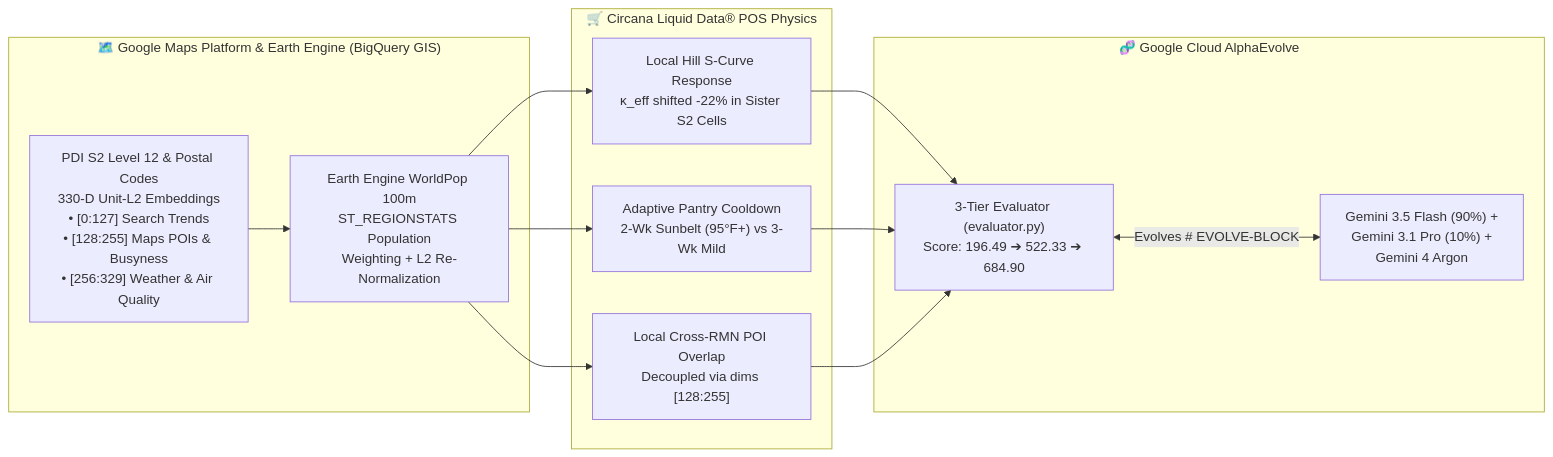
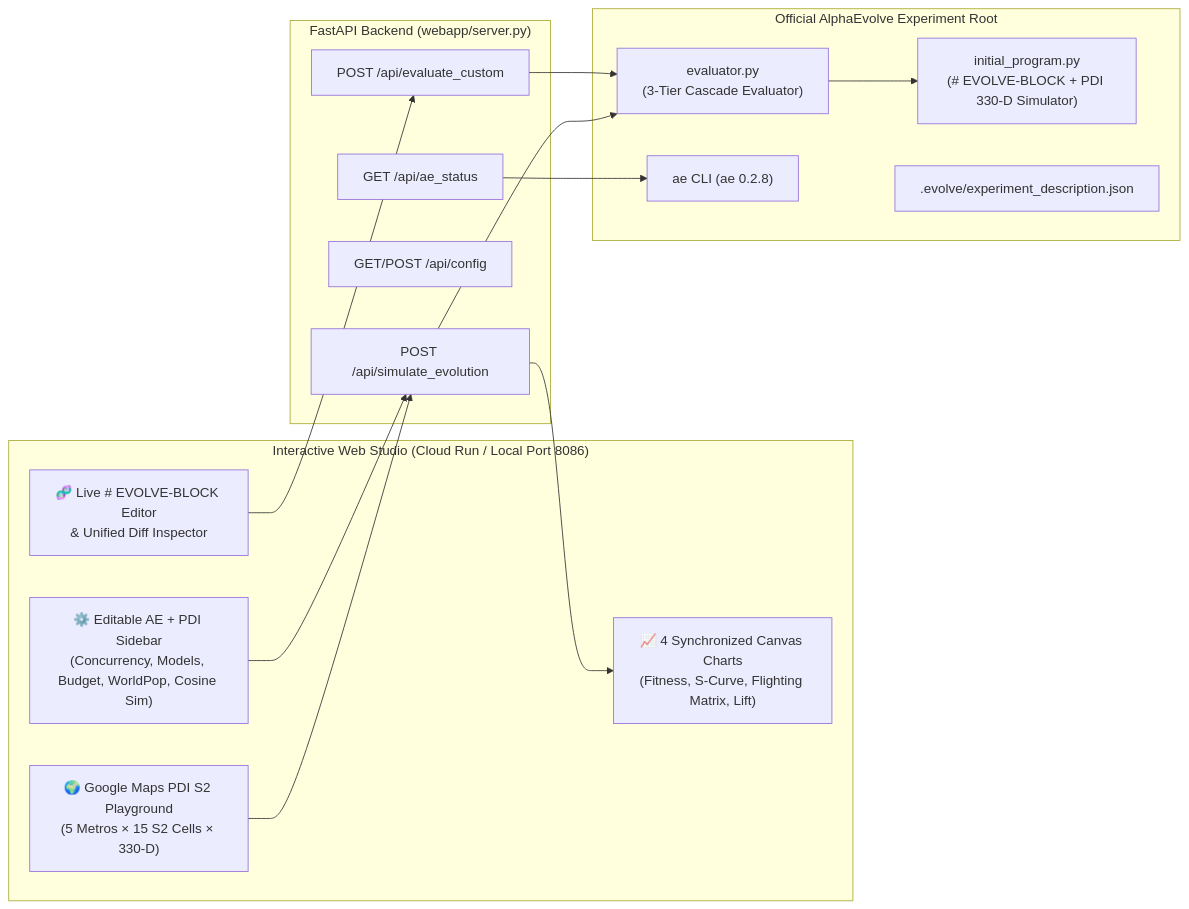
One commit to elhadik/Ads_Alpha_Evolve changed the third of 3 diagrams in README.md. Above: the diagram before and after it, drawn with Mermaid. The commit also changed other lines of this file, not shown here.

Commit message:
Docs: Expand README into comprehensive line-by-line tutorial for Retail Media, Google Maps PDI, and AlphaEvolve across all 8 generations

````diff
--- a/README.md
+++ b/README.md
@@ -66,27 +687,32 @@
 ```mermaid
 flowchart LR
-    subgraph GMP["🗺️ Google Maps Platform & Earth Engine (BigQuery GIS)"]
-        S2["PDI S2 Level 12 & Postal Codes\n330-D Unit-L2 Embeddings\n• [0:127] Search Trends\n• [128:255] Maps POIs & Busyness\n• [256:329] Weather & Air Quality"]
-        WP["Earth Engine WorldPop 100m\nST_REGIONSTATS Population\nWeighting + L2 Re-Normalization"]
+    subgraph Browser["Interactive Web Studio (Cloud Run / Local Port 8086)"]
+        MAP["🌍 Google Maps PDI S2 Playground\n(5 Metros × 15 S2 Cells × 330-D)"]
+        CFG["⚙️ Editable AE + PDI Sidebar\n(Concurrency, Models, Budget, WorldPop, Cosine Sim)"]
+        CHARTS["📈 4 Synchronized Canvas Charts\n(Fitness, S-Curve, Flighting Matrix, Lift)"]
+        EDITOR["🧬 Live # EVOLVE-BLOCK Editor\n& Unified Diff Inspector"]
     end
 
-    subgraph CIRC["🛒 Circana Liquid Data® POS Physics"]
-        HILL["Local Hill S-Curve Response\nκ_eff shifted -22% in Sister S2 Cells"]
-        PANTRY["Adaptive Pantry Cooldown\n2-Wk Sunbelt (95°F+) vs 3-Wk Mild"]
-        OV["Local Cross-RMN POI Overlap\nDecoupled via dims [128:255]"]
+    subgraph FastAPI["FastAPI Backend (webapp/server.py)"]
+        SIM["POST /api/simulate_evolution"]
+        CUSTOM["POST /api/evaluate_custom"]
+        CONF["GET/POST /api/config"]
+        AESTAT["GET /api/ae_status"]
     end
 
-    subgraph AE["🧬 Google Cloud AlphaEvolve"]
-        GEN["Gemini 3.5 Flash (90%) +\nGemini 3.1 Pro (10%) +\nGemini 4 Argon"]
-        EVAL["3-Tier Evaluator (evaluator.py)\nScore: 196.49 ➔ 522.33 ➔ 684.90"]
+    subgraph CoreAE["Official AlphaEvolve Experiment Root"]
+        INIT["initial_program.py\n(# EVOLVE-BLOCK + PDI 330-D Simulator)"]
+        EVAL["evaluator.py\n(3-Tier Cascade Evaluator)"]
+        DESC[".evolve/experiment_description.json"]
+        CLI["ae CLI (ae 0.2.8)"]
     end
 
-    S2 --> WP
-    WP --> HILL
-    WP --> PANTRY
-    WP --> OV
-    HILL --> EVAL
-    PANTRY --> EVAL
-    OV --> EVAL
-    EVAL <-->|"Evolves # EVOLVE-BLOCK"| GEN
+    MAP --> SIM
+    CFG --> SIM
+    EDITOR --> CUSTOM
+    SIM --> EVAL
+    CUSTOM --> EVAL
+    EVAL --> INIT
+    AESTAT --> CLI
+    SIM --> CHARTS
 ```
````
